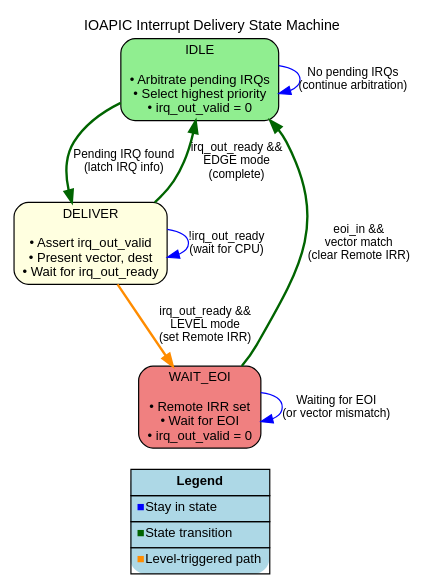
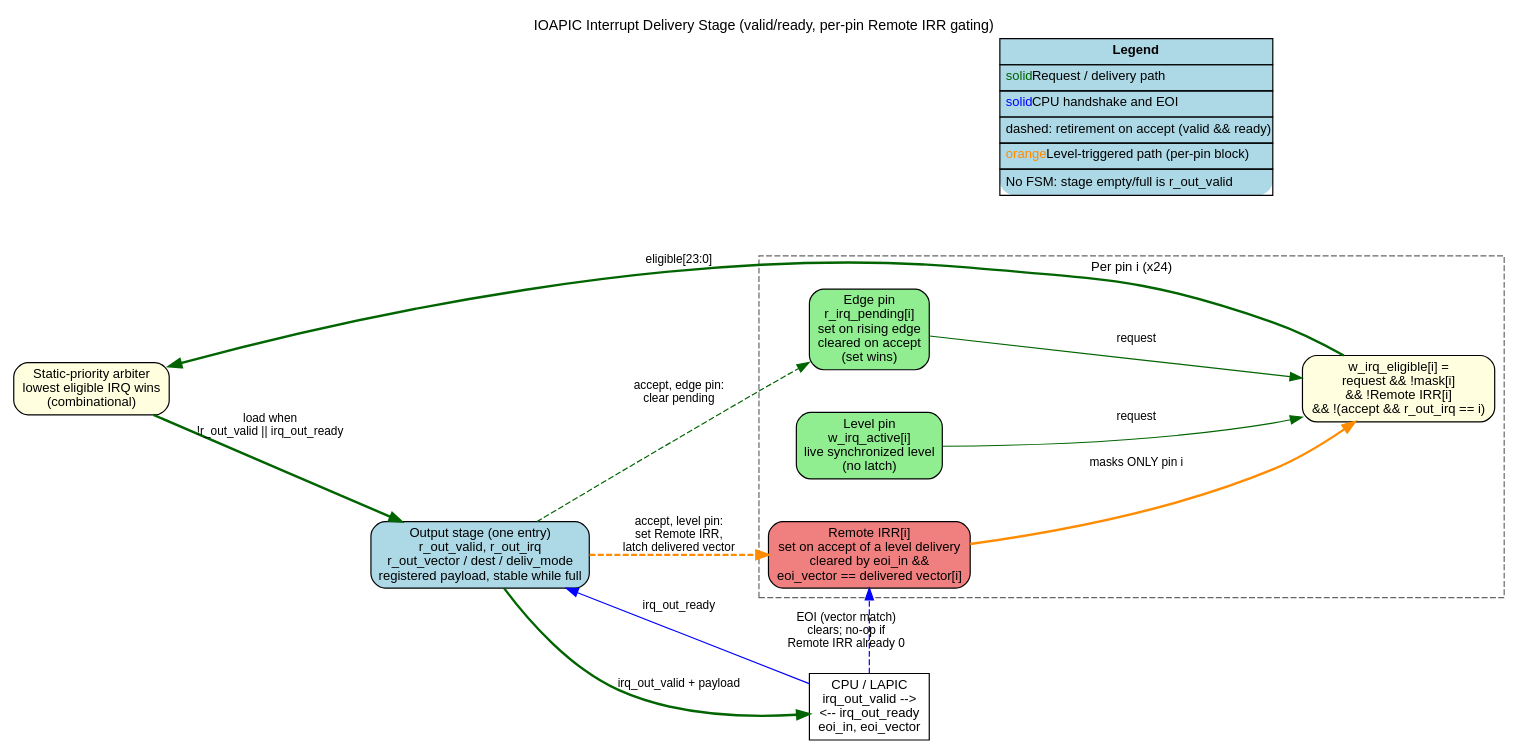
The diagram in projects/components/retro_legacy_blocks/docs/ioapic_mas/assets/graphviz/delivery_fsm.dot (sean-galloway/RTLDesignSherpa), drawn with Graphviz before and after one commit. The commit also changed 26 other files, not shown here.

First line of the commit message:
fix(rlb/ioapic): one delivery per edge, per-pin in-service, delivered-vector EOI, strict decode (#48)

```diff
--- a/projects/components/retro_legacy_blocks/docs/ioapic_mas/assets/graphviz/delivery_fsm.dot
+++ b/projects/components/retro_legacy_blocks/docs/ioapic_mas/assets/graphviz/delivery_fsm.dot
@@ -1,50 +1,78 @@
-// IOAPIC Interrupt Delivery FSM
+// IOAPIC Interrupt Delivery Stage
 // Graphviz DOT format
-// Generate PNG: dot -Tpng delivery_fsm.dot -o delivery_fsm.png
+//
+// There is no delivery state machine any more (issue #48, 2026-09-09). The
+// delivery path is a one-entry valid/ready output stage fed by the arbiter,
+// with a Remote IRR bit per pin gating level interrupts. The file keeps its
+// old name (delivery_fsm) so that existing links continue to resolve.
+//
+// Generate: dot -Tsvg delivery_fsm.dot -o ../svg/delivery_fsm.svg
+//           dot -Tpng delivery_fsm.dot -o ../svg/delivery_fsm.png
 
-digraph ioapic_delivery_fsm {
+digraph ioapic_delivery_stage {
     // Graph attributes
-    rankdir=TB;
+    rankdir=LR;
     bgcolor="white";
     fontname="Arial";
     fontsize=12;
-    
+    nodesep=0.5;
+    ranksep=0.7;
+
     // Node defaults
     node [shape=box, style="rounded,filled", fillcolor="lightblue", fontname="Arial", fontsize=11];
-    
+
     // Edge defaults
     edge [fontname="Arial", fontsize=10];
-    
-    // States
-    IDLE [label="IDLE\n\n• Arbitrate pending IRQs\n• Select highest priority\n• irq_out_valid = 0", fillcolor="lightgreen"];
-    DELIVER [label="DELIVER\n\n• Assert irq_out_valid\n• Present vector, dest\n• Wait for irq_out_ready", fillcolor="lightyellow"];
-    WAIT_EOI [label="WAIT_EOI\n\n• Remote IRR set\n• Wait for EOI\n• irq_out_valid = 0", fillcolor="lightcoral"];
-    
-    // Transitions
-    IDLE -> IDLE [label="No pending IRQs\n(continue arbitration)", color="blue"];
-    IDLE -> DELIVER [label="Pending IRQ found\n(latch IRQ info)", color="darkgreen", penwidth=2];
-    
-    DELIVER -> DELIVER [label="!irq_out_ready\n(wait for CPU)", color="blue"];
-    DELIVER -> IDLE [label="irq_out_ready &&\nEDGE mode\n(complete)", color="darkgreen", penwidth=2];
-    DELIVER -> WAIT_EOI [label="irq_out_ready &&\nLEVEL mode\n(set Remote IRR)", color="darkorange", penwidth=2];
-    
-    WAIT_EOI -> WAIT_EOI [label="Waiting for EOI\n(or vector mismatch)", color="blue"];
-    WAIT_EOI -> IDLE [label="eoi_in &&\nvector match\n(clear Remote IRR)", color="darkgreen", penwidth=2];
-    
+
+    // Per-pin request side
+    subgraph cluster_pins {
+        label="Per pin i (x24)";
+        style="dashed";
+        fontname="Arial";
+        fontsize=11;
+        color="gray40";
+
+        PIN_EDGE  [label="Edge pin\nr_irq_pending[i]\nset on rising edge\ncleared on accept\n(set wins)", fillcolor="lightgreen"];
+        PIN_LEVEL [label="Level pin\nw_irq_active[i]\nlive synchronized level\n(no latch)", fillcolor="lightgreen"];
+        RIRR  [label="Remote IRR[i]\nset on accept of a level delivery\ncleared by eoi_in &&\neoi_vector == delivered vector[i]", fillcolor="lightcoral"];
+        ELIG  [label="w_irq_eligible[i] =\nrequest && !mask[i]\n&& !Remote IRR[i]\n&& !(accept && r_out_irq == i)", fillcolor="lightyellow"];
+
+        PIN_EDGE  -> ELIG [label="request", color="darkgreen"];
+        PIN_LEVEL -> ELIG [label="request", color="darkgreen"];
+        RIRR  -> ELIG [label="masks ONLY pin i", color="darkorange", penwidth=2];
+    }
+
+    // Arbiter and output stage
+    ARB   [label="Static-priority arbiter\nlowest eligible IRQ wins\n(combinational)", fillcolor="lightyellow"];
+    STAGE [label="Output stage (one entry)\nr_out_valid, r_out_irq\nr_out_vector / dest / deliv_mode\nregistered payload, stable while full", fillcolor="lightblue"];
+    CPU   [label="CPU / LAPIC\nirq_out_valid -->\n<-- irq_out_ready\neoi_in, eoi_vector", shape=box, style="filled", fillcolor="white"];
+
+    ELIG  -> ARB   [label="eligible[23:0]", color="darkgreen", penwidth=2];
+    ARB   -> STAGE [label="load when\n!r_out_valid || irq_out_ready", color="darkgreen", penwidth=2];
+    STAGE -> CPU   [label="irq_out_valid + payload", color="darkgreen", penwidth=2];
+    CPU   -> STAGE [label="irq_out_ready", color="blue"];
+
+    // Retirement on the accept (valid && ready), same cycle
+    STAGE -> PIN_EDGE  [label="accept, edge pin:\nclear pending", color="darkgreen", style="dashed"];
+    STAGE -> RIRR  [label="accept, level pin:\nset Remote IRR,\nlatch delivered vector", color="darkorange", style="dashed", penwidth=2];
+    CPU   -> RIRR  [label="EOI (vector match)\nclears; no-op if\nRemote IRR already 0", color="blue", style="dashed"];
+
     // Legend
     {
         rank=sink;
         legend [shape=none, margin=0, label=<
             <table border="0" cellborder="1" cellspacing="0" cellpadding="4">
                 <tr><td bgcolor="lightblue"><b>Legend</b></td></tr>
-                <tr><td align="left"><font color="blue">■</font> Stay in state</td></tr>
-                <tr><td align="left"><font color="darkgreen">■</font> State transition</td></tr>
-                <tr><td align="left"><font color="darkorange">■</font> Level-triggered path</td></tr>
+                <tr><td align="left"><font color="darkgreen">solid</font> Request / delivery path</td></tr>
+                <tr><td align="left"><font color="blue">solid</font> CPU handshake and EOI</td></tr>
+                <tr><td align="left">dashed: retirement on accept (valid &amp;&amp; ready)</td></tr>
+                <tr><td align="left"><font color="darkorange">orange</font> Level-triggered path (per-pin block)</td></tr>
+                <tr><td align="left">No FSM: stage empty/full is r_out_valid</td></tr>
             </table>
         >];
     }
-    
+
     // Title
     labelloc="t";
-    label="IOAPIC Interrupt Delivery State Machine";
+    label="IOAPIC Interrupt Delivery Stage (valid/ready, per-pin Remote IRR gating)";
 }
```
